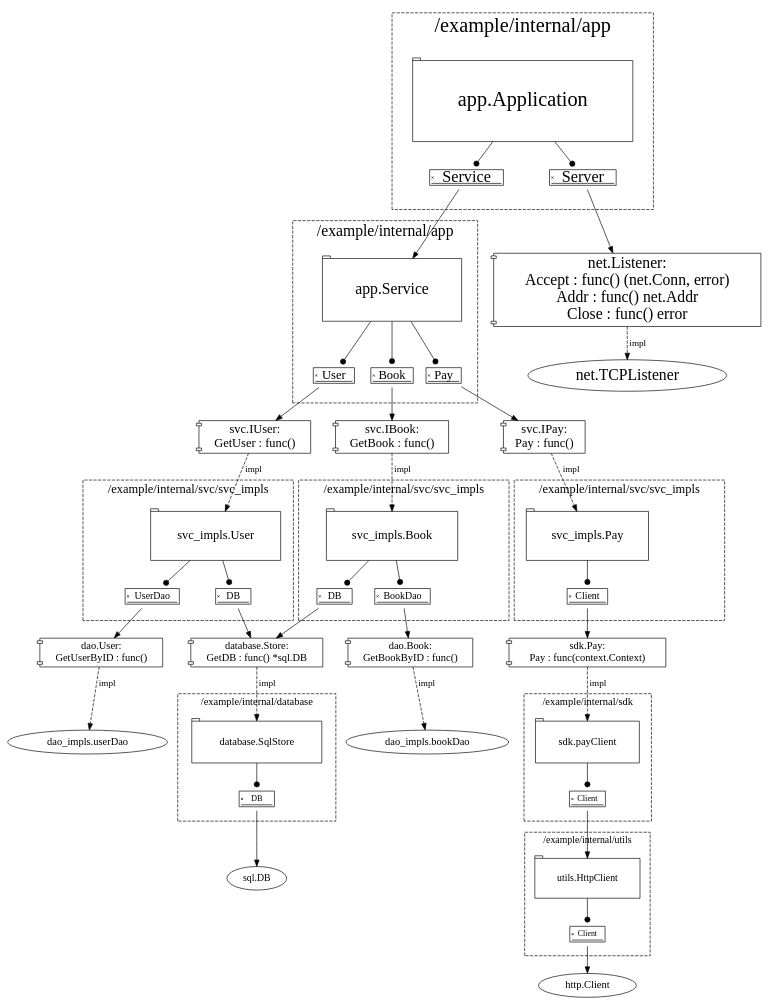
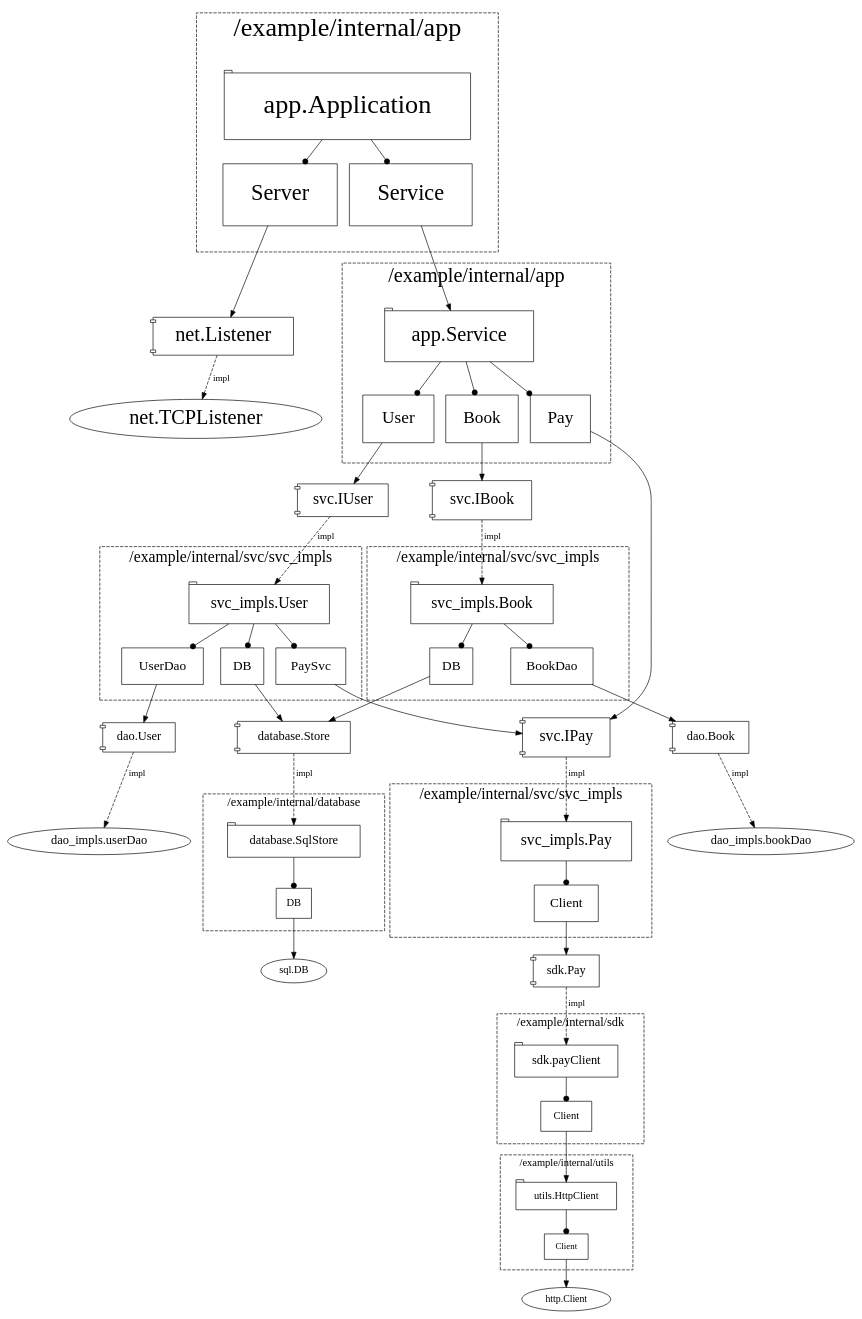
The diagram in example/test.dot (Just-maple/structgraph), drawn with Graphviz before and after one commit. The commit also changed 9 other files, not shown here.

```diff
--- a/example/test.dot
+++ b/example/test.dot
@@ -1,171 +1,164 @@
 digraph G {
 	"app.Application"->"app.Application:Server"[ arrowhead=dot ];
 	"app.Application:Server"->"net.Listener";
 	"net.Listener"->"net.TCPListener"[ label=impl, style=dashed ];
 	"app.Application"->"app.Application:Service"[ arrowhead=dot ];
 	"app.Application:Service"->"app.Service";
 	"app.Service"->"app.Service:User"[ arrowhead=dot ];
 	"app.Service:User"->"svc.IUser";
 	"svc.IUser"->"svc_impls.User"[ label=impl, style=dashed ];
 	"svc_impls.User"->"svc_impls.User:UserDao"[ arrowhead=dot ];
 	"svc_impls.User:UserDao"->"dao.User";
 	"dao.User"->"dao_impls.userDao"[ label=impl, style=dashed ];
 	"svc_impls.User"->"svc_impls.User:DB"[ arrowhead=dot ];
 	"svc_impls.User:DB"->"database.Store";
 	"database.Store"->"database.SqlStore"[ label=impl, style=dashed ];
 	"database.SqlStore"->"database.SqlStore:DB"[ arrowhead=dot ];
 	"database.SqlStore:DB"->"sql.DB";
+	"svc_impls.User"->"svc_impls.User:PaySvc"[ arrowhead=dot ];
+	"svc_impls.User:PaySvc"->"svc.IPay";
+	"svc.IPay"->"svc_impls.Pay"[ label=impl, style=dashed ];
+	"svc_impls.Pay"->"svc_impls.Pay:Client"[ arrowhead=dot ];
+	"svc_impls.Pay:Client"->"sdk.Pay";
+	"sdk.Pay"->"sdk.payClient"[ label=impl, style=dashed ];
+	"sdk.payClient"->"sdk.payClient:Client"[ arrowhead=dot ];
+	"sdk.payClient:Client"->"utils.HttpClient";
+	"utils.HttpClient"->"utils.HttpClient:Client"[ arrowhead=dot ];
+	"utils.HttpClient:Client"->"http.Client";
 	"app.Service"->"app.Service:Book"[ arrowhead=dot ];
 	"app.Service:Book"->"svc.IBook";
 	"svc.IBook"->"svc_impls.Book"[ label=impl, style=dashed ];
 	"svc_impls.Book"->"svc_impls.Book:DB"[ arrowhead=dot ];
 	"svc_impls.Book:DB"->"database.Store";
 	"svc_impls.Book"->"svc_impls.Book:BookDao"[ arrowhead=dot ];
 	"svc_impls.Book:BookDao"->"dao.Book";
 	"dao.Book"->"dao_impls.bookDao"[ label=impl, style=dashed ];
 	"app.Service"->"app.Service:Pay"[ arrowhead=dot ];
 	"app.Service:Pay"->"svc.IPay";
-	"svc.IPay"->"svc_impls.Pay"[ label=impl, style=dashed ];
-	"svc_impls.Pay"->"svc_impls.Pay:Client"[ arrowhead=dot ];
-	"svc_impls.Pay:Client"->"sdk.Pay";
-	"sdk.Pay"->"sdk.payClient"[ label=impl, style=dashed ];
-	"sdk.payClient"->"sdk.payClient:Client"[ arrowhead=dot ];
-	"sdk.payClient:Client"->"utils.HttpClient";
-	"utils.HttpClient"->"utils.HttpClient:Client"[ arrowhead=dot ];
-	"utils.HttpClient:Client"->"http.Client";
 	subgraph "cluster_app.Application" {
+	fontsize=40;
+	label="/example/internal/app";
+	labelloc=t;
+	margin=40;
+	style=dashed;
+	"app.Application" [ fontsize=40, margin=0.4, shape=tab ];
+	"app.Application:Server" [ fontsize=34, label=Server, margin=0.4, shape=box ];
+	"app.Application:Service" [ fontsize=34, label=Service, margin=0.4, shape=box ];
+
+}
+;
+	subgraph "cluster_app.Service" {
 	fontsize=31;
 	label="/example/internal/app";
 	labelloc=t;
 	margin=31;
 	style=dashed;
-	"app.Application" [ fontsize=31, margin=0.62, shape=tab ];
-	"app.Application:Server" [ fontsize=24.8, label=Server, shape=signature ];
-	"app.Application:Service" [ fontsize=24.8, label=Service, shape=signature ];
-
-}
-;
-	subgraph "cluster_app.Service" {
-	fontsize=24;
-	label="/example/internal/app";
-	labelloc=t;
-	margin=24;
-	style=dashed;
-	"app.Service" [ fontsize=24, margin=0.48, shape=tab ];
-	"app.Service:Book" [ fontsize=19.200000000000003, label=Book, shape=signature ];
-	"app.Service:Pay" [ fontsize=19.200000000000003, label=Pay, shape=signature ];
-	"app.Service:User" [ fontsize=19.200000000000003, label=User, shape=signature ];
+	"app.Service" [ fontsize=31, margin=0.31, shape=tab ];
+	"app.Service:Book" [ fontsize=26.349999999999998, label=Book, margin=0.31, shape=box ];
+	"app.Service:Pay" [ fontsize=26.349999999999998, label=Pay, margin=0.31, shape=box ];
+	"app.Service:User" [ fontsize=26.349999999999998, label=User, margin=0.31, shape=box ];
 
 }
 ;
 	subgraph "cluster_dao_impls.bookDao" {
-	fontsize=16;
+	fontsize=19;
 	label="/example/internal/dao/dao_impls";
 	labelloc=t;
-	margin=16;
+	margin=19;
 	style=dashed;
 
 }
 ;
 	subgraph "cluster_dao_impls.userDao" {
-	fontsize=16;
+	fontsize=19;
 	label="/example/internal/dao/dao_impls";
 	labelloc=t;
-	margin=16;
+	margin=19;
 	style=dashed;
 
 }
 ;
 	subgraph "cluster_database.SqlStore" {
-	fontsize=16;
+	fontsize=19;
 	label="/example/internal/database";
 	labelloc=t;
-	margin=16;
+	margin=19;
 	style=dashed;
-	"database.SqlStore" [ fontsize=16, margin=0.32, shape=tab ];
-	"database.SqlStore:DB" [ fontsize=12.8, label=DB, shape=signature ];
+	"database.SqlStore" [ fontsize=19, margin=0.19, shape=tab ];
+	"database.SqlStore:DB" [ fontsize=16.15, label=DB, margin=0.19, shape=box ];
 
 }
 ;
 	subgraph "cluster_sdk.payClient" {
-	fontsize=16;
+	fontsize=19;
 	label="/example/internal/sdk";
 	labelloc=t;
-	margin=16;
+	margin=19;
 	style=dashed;
-	"sdk.payClient" [ fontsize=16, margin=0.32, shape=tab ];
-	"sdk.payClient:Client" [ fontsize=12.8, label=Client, shape=signature ];
+	"sdk.payClient" [ fontsize=19, margin=0.19, shape=tab ];
+	"sdk.payClient:Client" [ fontsize=16.15, label=Client, margin=0.19, shape=box ];
 
 }
 ;
 	subgraph "cluster_svc_impls.Book" {
-	fontsize=19;
+	fontsize=24;
 	label="/example/internal/svc/svc_impls";
 	labelloc=t;
-	margin=19;
+	margin=24;
 	style=dashed;
-	"svc_impls.Book" [ fontsize=19, margin=0.38, shape=tab ];
-	"svc_impls.Book:BookDao" [ fontsize=15.200000000000001, label=BookDao, shape=signature ];
-	"svc_impls.Book:DB" [ fontsize=15.200000000000001, label=DB, shape=signature ];
+	"svc_impls.Book" [ fontsize=24, margin=0.24, shape=tab ];
+	"svc_impls.Book:BookDao" [ fontsize=20.4, label=BookDao, margin=0.24, shape=box ];
+	"svc_impls.Book:DB" [ fontsize=20.4, label=DB, margin=0.24, shape=box ];
 
 }
 ;
 	subgraph "cluster_svc_impls.Pay" {
-	fontsize=19;
+	fontsize=24;
 	label="/example/internal/svc/svc_impls";
 	labelloc=t;
-	margin=19;
+	margin=24;
 	style=dashed;
-	"svc_impls.Pay" [ fontsize=19, margin=0.38, shape=tab ];
-	"svc_impls.Pay:Client" [ fontsize=15.200000000000001, label=Client, shape=signature ];
+	"svc_impls.Pay" [ fontsize=24, margin=0.24, shape=tab ];
+	"svc_impls.Pay:Client" [ fontsize=20.4, label=Client, margin=0.24, shape=box ];
 
 }
 ;
 	subgraph "cluster_svc_impls.User" {
-	fontsize=19;
+	fontsize=24;
 	label="/example/internal/svc/svc_impls";
 	labelloc=t;
-	margin=19;
+	margin=24;
 	style=dashed;
-	"svc_impls.User" [ fontsize=19, margin=0.38, shape=tab ];
-	"svc_impls.User:DB" [ fontsize=15.200000000000001, label=DB, shape=signature ];
-	"svc_impls.User:UserDao" [ fontsize=15.200000000000001, label=UserDao, shape=signature ];
+	"svc_impls.User" [ fontsize=24, margin=0.24, shape=tab ];
+	"svc_impls.User:DB" [ fontsize=20.4, label=DB, margin=0.24, shape=box ];
+	"svc_impls.User:PaySvc" [ fontsize=20.4, label=PaySvc, margin=0.24, shape=box ];
+	"svc_impls.User:UserDao" [ fontsize=20.4, label=UserDao, margin=0.24, shape=box ];
 
 }
 ;
 	subgraph "cluster_utils.HttpClient" {
-	fontsize=15;
+	fontsize=16;
 	label="/example/internal/utils";
 	labelloc=t;
-	margin=15;
+	margin=16;
 	style=dashed;
-	"utils.HttpClient" [ fontsize=15, margin=0.3, shape=tab ];
-	"utils.HttpClient:Client" [ fontsize=12, label=Client, shape=signature ];
+	"utils.HttpClient" [ fontsize=16, margin=0.16, shape=tab ];
+	"utils.HttpClient:Client" [ fontsize=13.6, label=Client, margin=0.16, shape=box ];
 
 }
 ;
-	"dao.Book" [ fontsize=16, label="dao.Book:
-GetBookByID : func()", shape=component ];
-	"dao.User" [ fontsize=16, label="dao.User:
-GetUserByID : func()", shape=component ];
-	"dao_impls.bookDao" [ fontsize=16 ];
-	"dao_impls.userDao" [ fontsize=16 ];
-	"database.Store" [ fontsize=16, label="database.Store:
-GetDB : func() *sql.DB", shape=component ];
-	"http.Client" [ fontsize=16 ];
-	"net.Listener" [ fontsize=24, label="net.Listener:
-Accept : func() (net.Conn, error)
-Addr : func() net.Addr
-Close : func() error", shape=component ];
-	"net.TCPListener" [ fontsize=24 ];
-	"sdk.Pay" [ fontsize=16, label="sdk.Pay:
-Pay : func(context.Context)", shape=component ];
-	"sql.DB" [ fontsize=15 ];
-	"svc.IBook" [ fontsize=19, label="svc.IBook:
-GetBook : func()", shape=component ];
-	"svc.IPay" [ fontsize=19, label="svc.IPay:
-Pay : func()", shape=component ];
-	"svc.IUser" [ fontsize=19, label="svc.IUser:
-GetUser : func()", shape=component ];
+	"dao.Book" [ fontsize=19, label="dao.Book", margin=0.19, shape=component ];
+	"dao.User" [ fontsize=19, label="dao.User", margin=0.16, shape=component ];
+	"dao_impls.bookDao" [ fontsize=19 ];
+	"dao_impls.userDao" [ fontsize=19 ];
+	"database.Store" [ fontsize=19, label="database.Store", margin=0.19, shape=component ];
+	"http.Client" [ fontsize=15 ];
+	"net.Listener" [ fontsize=31, label="net.Listener", margin=0.16, shape=component ];
+	"net.TCPListener" [ fontsize=31 ];
+	"sdk.Pay" [ fontsize=19, label="sdk.Pay", margin=0.19, shape=component ];
+	"sql.DB" [ fontsize=16 ];
+	"svc.IBook" [ fontsize=24, label="svc.IBook", margin=0.24, shape=component ];
+	"svc.IPay" [ fontsize=24, label="svc.IPay", margin=0.24, shape=component ];
+	"svc.IUser" [ fontsize=24, label="svc.IUser", margin=0.16, shape=component ];
 
 }
```
